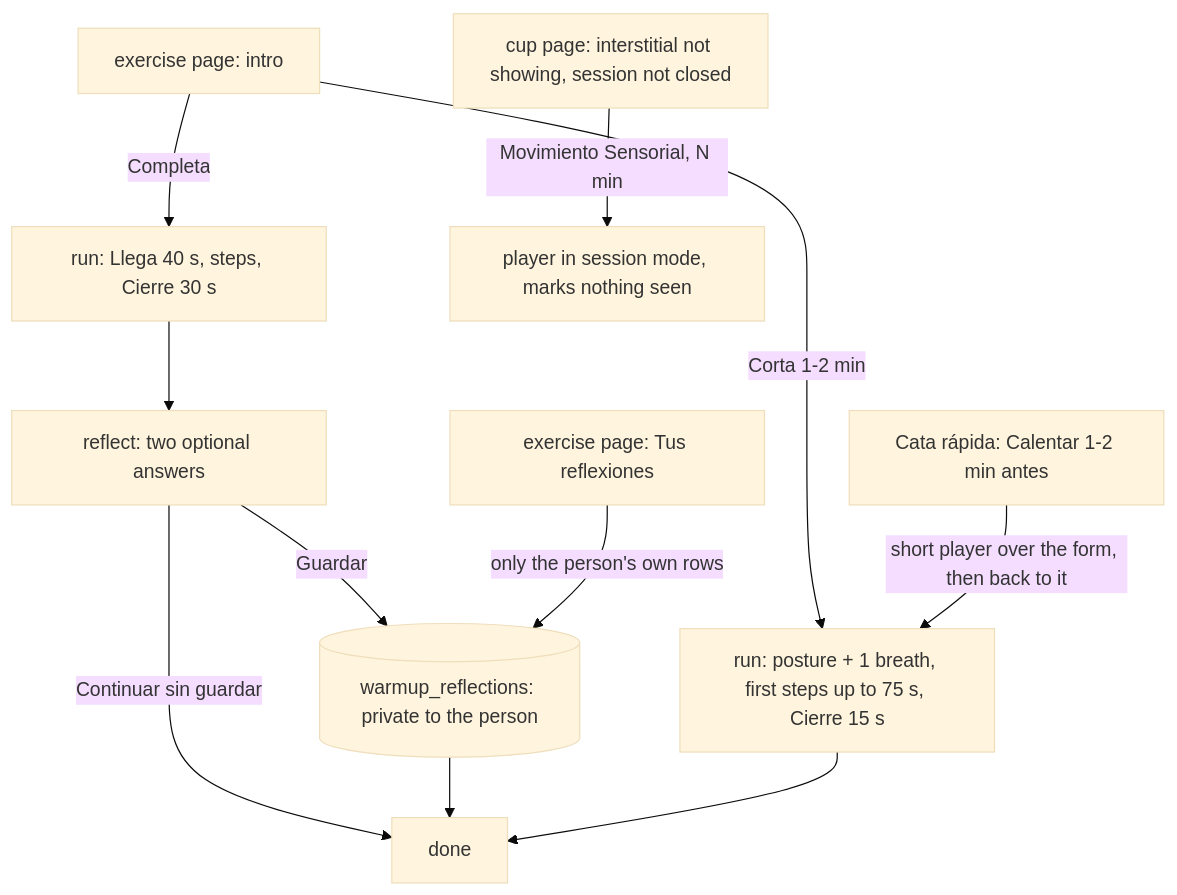
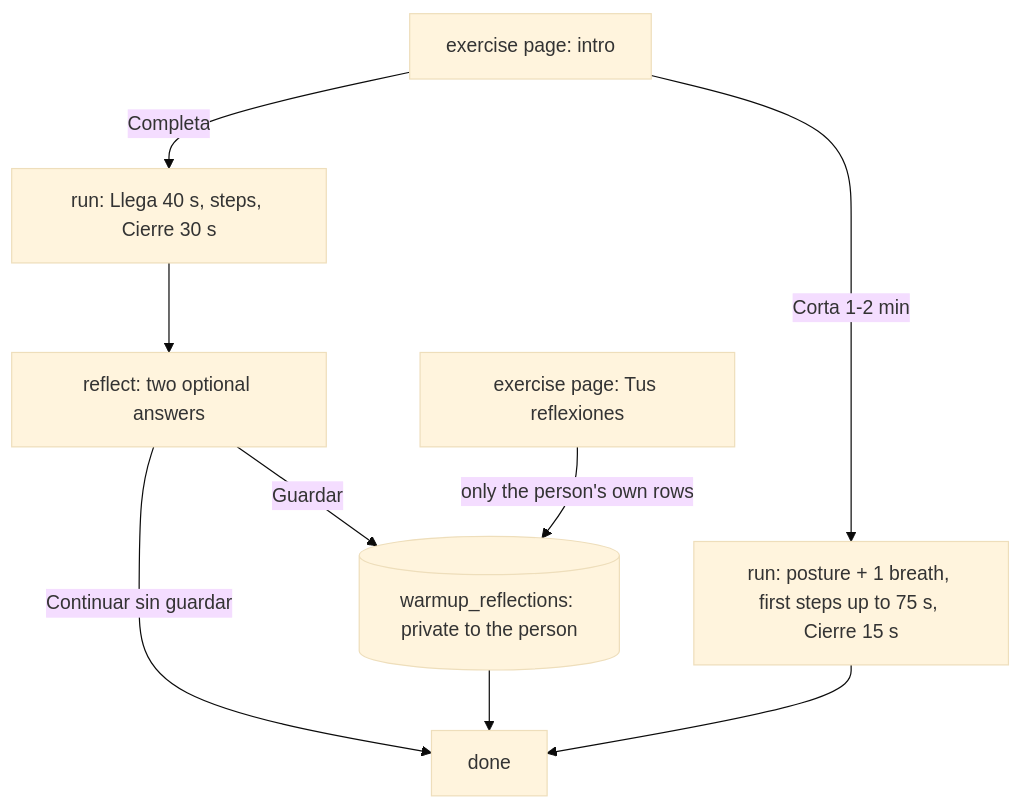
The fifth of 22 diagrams in docs/flows.md (ricardovelezd27/cata-cafe), drawn with Mermaid (base theme) before and after one commit. The commit also changed other lines of this file and 19 other files, not shown here.

First line of the commit message:
OR-A: Cata rápida starts at 1 sample with no warm-up; Movimiento sensorial only in the navigation (#228)

````diff
--- a/docs/flows.md
+++ b/docs/flows.md
@@ -518,13 +518,11 @@
 ```mermaid
 flowchart TD
   L["exercise page: intro"] -->|"Completa"| RUN["run: Llega 40 s, steps, Cierre 30 s"]
   L -->|"Corta 1-2 min"| SHORT["run: posture + 1 breath, first steps up to 75 s, Cierre 15 s"]
   RUN --> REF["reflect: two optional answers"]
   REF -->|"Guardar"| SAVE[("warmup_reflections: private to the person")]
   REF -->|"Continuar sin guardar"| DONE["done"]
   SAVE --> DONE
   SHORT --> DONE
   PAGE["exercise page: Tus reflexiones"] -->|"only the person's own rows"| SAVE
-  EX["Cata rápida: Calentar 1-2 min antes"] -->|"short player over the form, then back to it"| SHORT
-  CUP["cup page: interstitial not showing, session not closed"] -->|"Movimiento Sensorial, N min"| SESS["player in session mode, marks nothing seen"]
 ```
````
